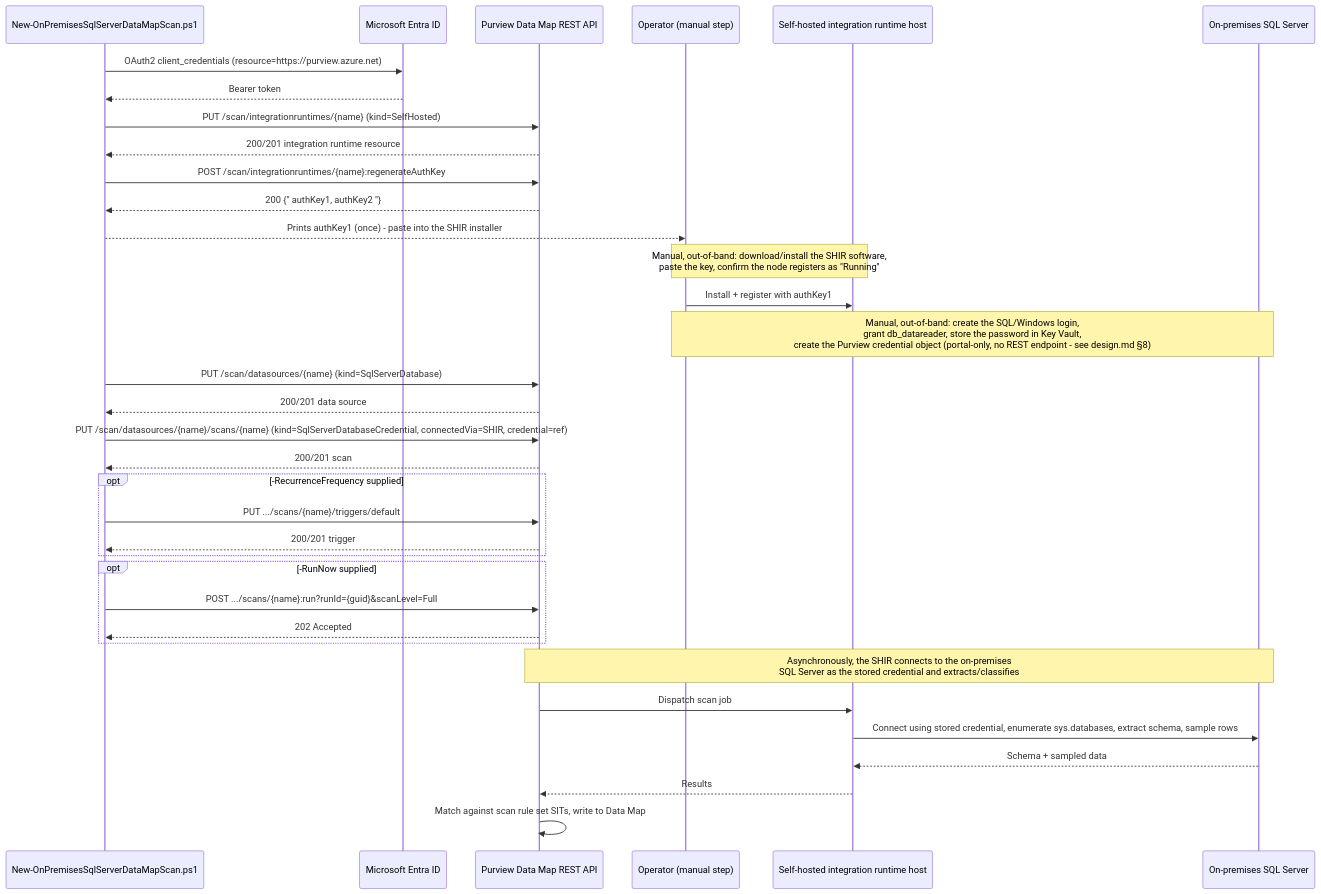
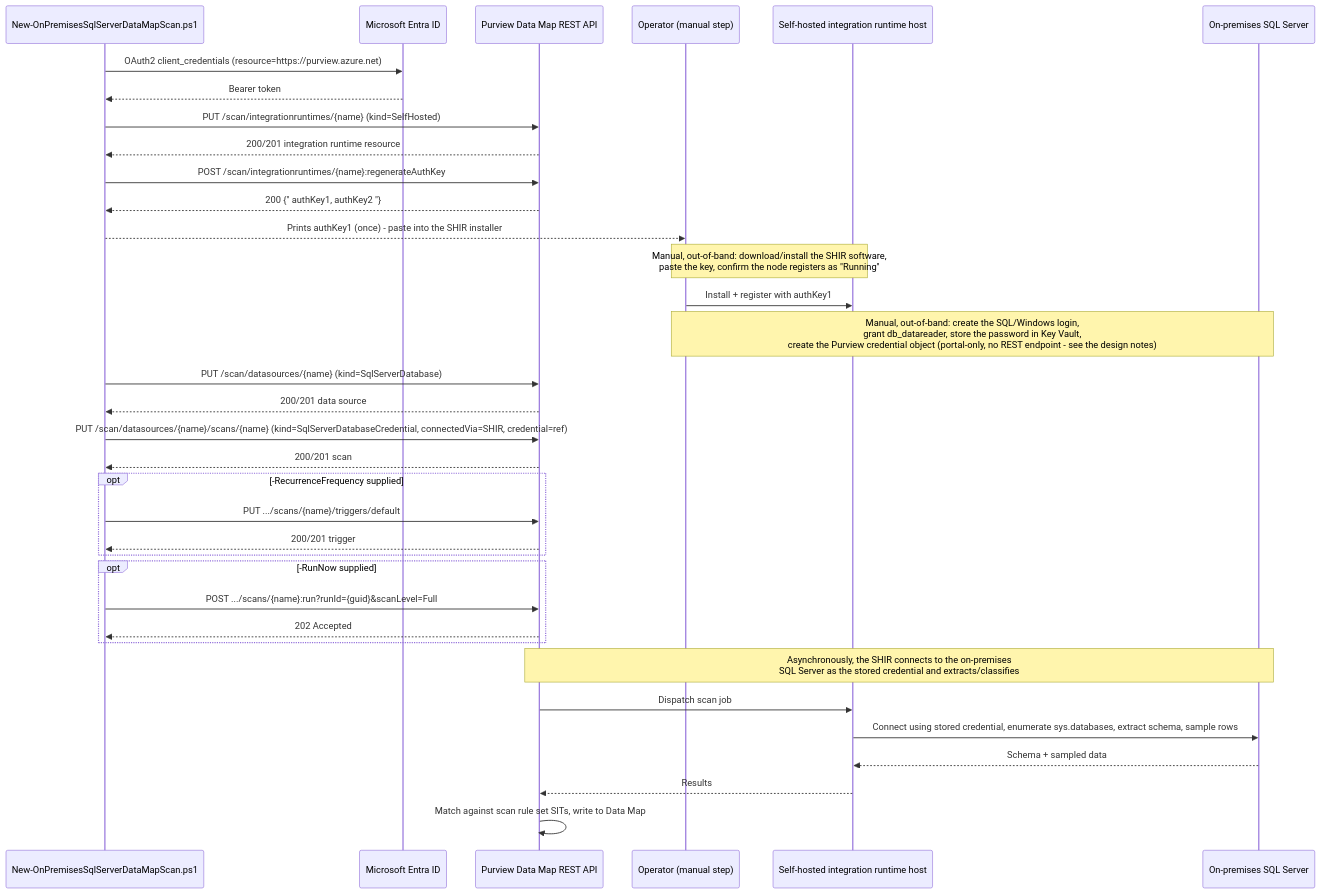
Before and after one commit to kpsec1/kpsec1.github.io: the diagram in src/content/scenarios/data-map/scan-on-premises-sql-server-and-classify.design.md, drawn with Mermaid. The commit also changed 269 other files, not shown here.

````diff
--- a/src/content/scenarios/data-map/scan-on-premises-sql-server-and-classify.design.md
+++ b/src/content/scenarios/data-map/scan-on-premises-sql-server-and-classify.design.md
@@ -129,38 +129,38 @@
 ```mermaid
 sequenceDiagram
     participant Script as New-OnPremisesSqlServerDataMapScan.ps1
     participant AAD as Microsoft Entra ID
     participant API as Purview Data Map REST API
     participant Operator as Operator (manual step)
     participant SHIR as Self-hosted integration runtime host
     participant SQL as On-premises SQL Server
 
     Script->>AAD: OAuth2 client_credentials (resource=https://purview.azure.net)
     AAD-->>Script: Bearer token
     Script->>API: PUT /scan/integrationruntimes/{name} (kind=SelfHosted)
     API-->>Script: 200/201 integration runtime resource
     Script->>API: POST /scan/integrationruntimes/{name}:regenerateAuthKey
     API-->>Script: 200 {" authKey1, authKey2 "}
     Script-->>Operator: Prints authKey1 (once) - paste into the SHIR installer
     Note over Operator,SHIR: Manual, out-of-band: download/install the SHIR software,<br/>paste the key, confirm the node registers as "Running"
     Operator->>SHIR: Install + register with authKey1
-    Note over Operator,SQL: Manual, out-of-band: create the SQL/Windows login,<br/>grant db_datareader, store the password in Key Vault,<br/>create the Purview credential object (portal-only, no REST endpoint - see design.md §8)
+    Note over Operator,SQL: Manual, out-of-band: create the SQL/Windows login,<br/>grant db_datareader, store the password in Key Vault,<br/>create the Purview credential object (portal-only, no REST endpoint - see the design notes)
     Script->>API: PUT /scan/datasources/{name} (kind=SqlServerDatabase)
     API-->>Script: 200/201 data source
     Script->>API: PUT /scan/datasources/{name}/scans/{name} (kind=SqlServerDatabaseCredential, connectedVia=SHIR, credential=ref)
     API-->>Script: 200/201 scan
     opt -RecurrenceFrequency supplied
         Script->>API: PUT .../scans/{name}/triggers/default
         API-->>Script: 200/201 trigger
     end
     opt -RunNow supplied
         Script->>API: POST .../scans/{name}:run?runId={guid}&scanLevel=Full
         API-->>Script: 202 Accepted
     end
     Note over API,SQL: Asynchronously, the SHIR connects to the on-premises<br/>SQL Server as the stored credential and extracts/classifies
     API->>SHIR: Dispatch scan job
     SHIR->>SQL: Connect using stored credential, enumerate sys.databases, extract schema, sample rows
     SQL-->>SHIR: Schema + sampled data
     SHIR-->>API: Results
     API->>API: Match against scan rule set SITs, write to Data Map
 ```
````
